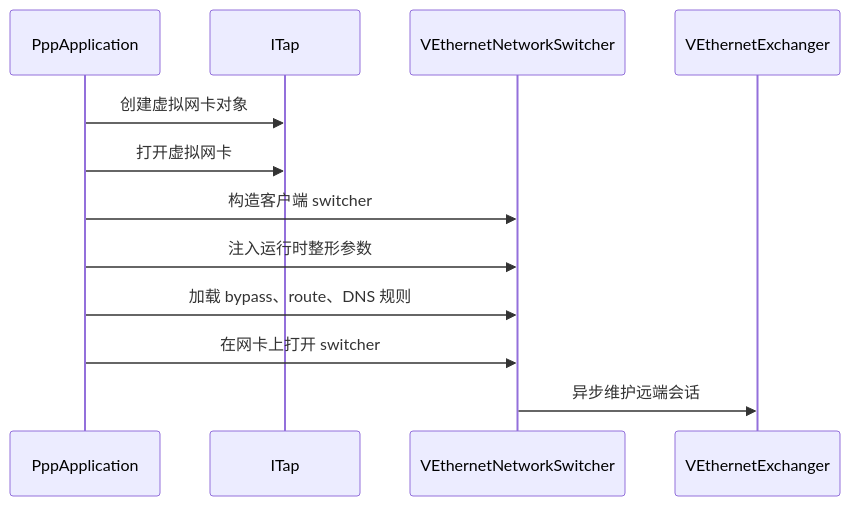
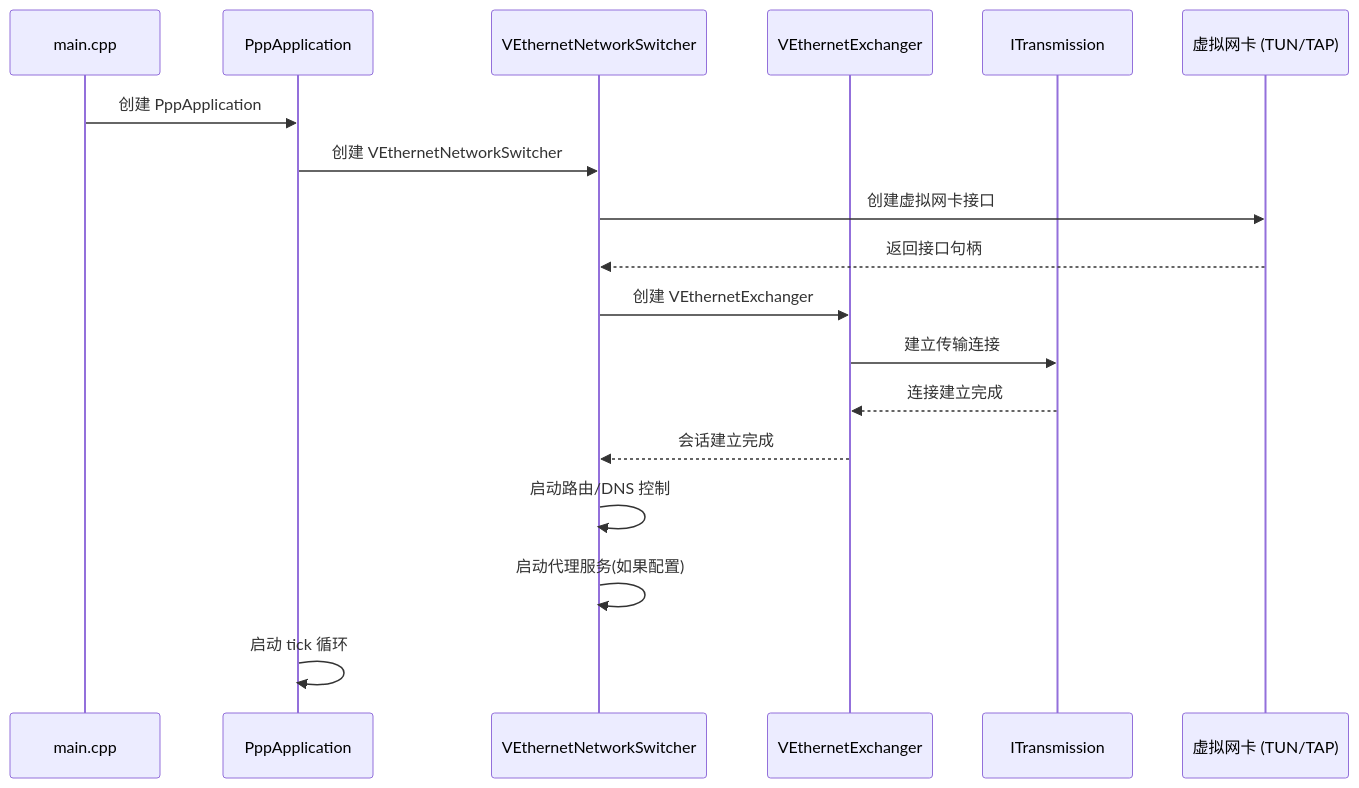
The fourth of 7 diagrams in docs/STARTUP_AND_LIFECYCLE_CN.md (HyacinthHaru/openppp2), drawn with Mermaid before and after one commit. The commit also changed other lines of this file and 31 other files, not shown here.

````diff
--- a/docs/STARTUP_AND_LIFECYCLE_CN.md
+++ b/docs/STARTUP_AND_LIFECYCLE_CN.md
@@ -168,14 +240,21 @@
 ```mermaid
 sequenceDiagram
+    participant M as main.cpp
     participant P as PppApplication
-    participant T as ITap
     participant S as VEthernetNetworkSwitcher
-    participant X as VEthernetExchanger
-    P->>T: 创建虚拟网卡对象
-    P->>T: 打开虚拟网卡
-    P->>S: 构造客户端 switcher
-    P->>S: 注入运行时整形参数
-    P->>S: 加载 bypass、route、DNS 规则
-    P->>S: 在网卡上打开 switcher
-    S->>X: 异步维护远端会话
+    participant E as VEthernetExchanger
+    participant T as ITransmission
+    participant V as 虚拟网卡 (TUN/TAP)
+    
+    M->>P: 创建 PppApplication
+    P->>S: 创建 VEthernetNetworkSwitcher
+    S->>V: 创建虚拟网卡接口
+    V-->>S: 返回接口句柄
+    S->>E: 创建 VEthernetExchanger
+    E->>T: 建立传输连接
+    T-->>E: 连接建立完成
+    E-->>S: 会话建立完成
+    S->>S: 启动路由/DNS 控制
+    S->>S: 启动代理服务(如果配置)
+    P->>P: 启动 tick 循环
 ```
````
